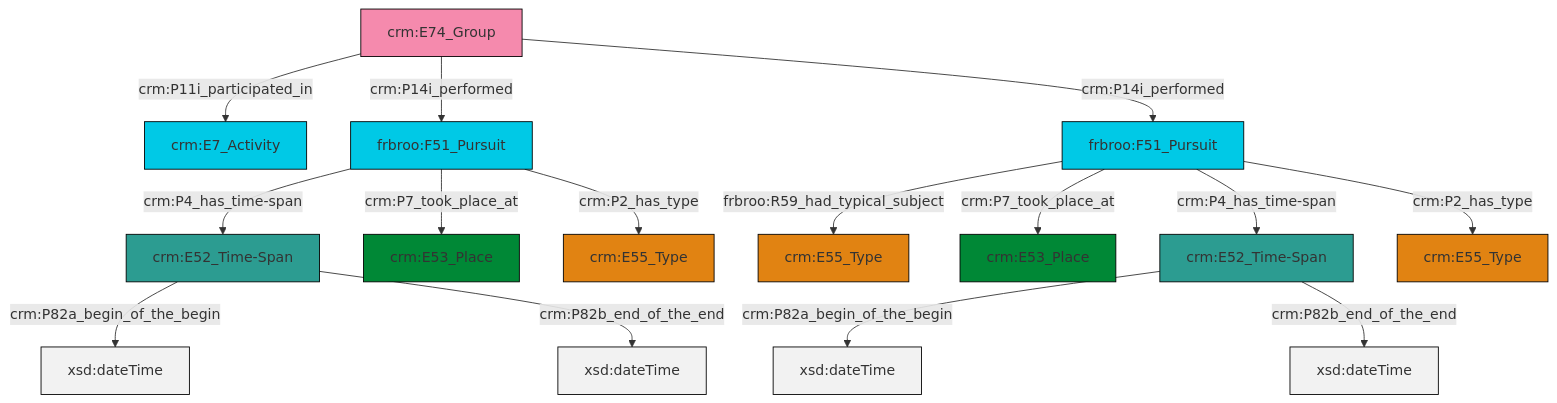
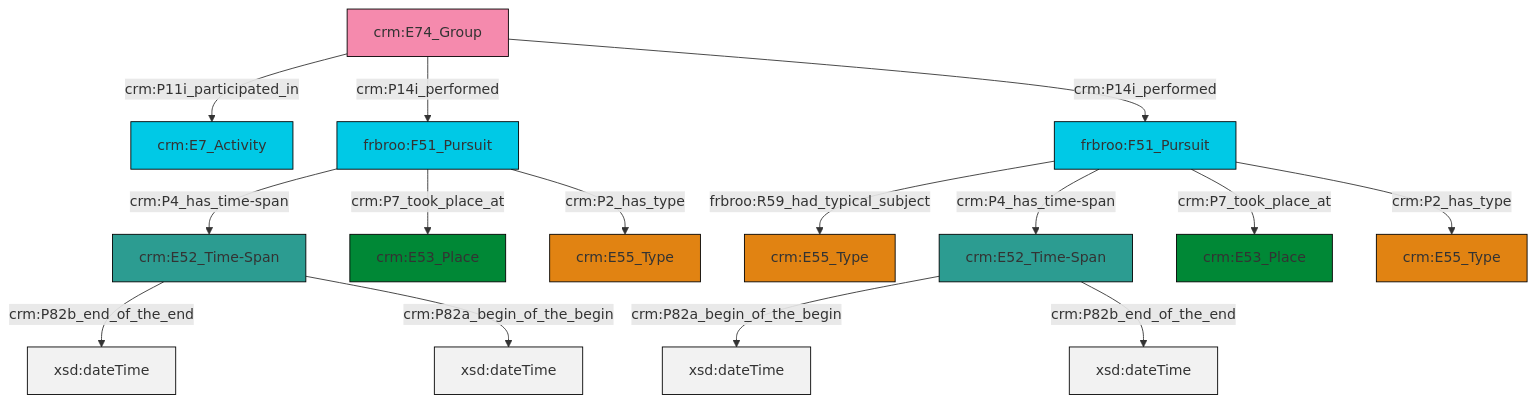
Before and after one commit to swiss-art-research-net/reference-data-models: the diagram in et/groupCSV/ttl/mmd/group_events.ttl.mmd, drawn with Mermaid. The commit also changed 126 other files, not shown here.

```diff
--- a/et/groupCSV/ttl/mmd/group_events.ttl.mmd
+++ b/et/groupCSV/ttl/mmd/group_events.ttl.mmd
@@ -1,29 +1,29 @@
 graph TD
 classDef Literal fill:#f2f2f2,stroke:#000000;
 classDef CRM_Entity fill:#FFFFFF,stroke:#000000;
 classDef Temporal_Entity fill:#00C9E6, stroke:#000000;
 classDef Type fill:#E18312, stroke:#000000;
 classDef Time-Span fill:#2C9C91, stroke:#000000;
 classDef Appellation fill:#FFEB7F, stroke:#000000;
 classDef Place fill:#008836, stroke:#000000;
 classDef Persistent_Item fill:#B266B2, stroke:#000000;
 classDef Conceptual_Object fill:#FFD700, stroke:#000000;
 classDef Physical_Thing fill:#D2B48C, stroke:#000000;
 classDef Actor fill:#f58aad, stroke:#000000;
 classDef PC_Classes fill:#4ce600, stroke:#000000;
 classDef Multi fill:#cccccc,stroke:#000000;
 
-0["crm:E52_Time-Span"]:::Time-Span -->|crm:P82a_begin_of_the_begin| 1[xsd:dateTime]:::Literal
-2["crm:E74_Group"]:::Actor -->|crm:P11i_participated_in| 3["crm:E7_Activity"]:::Temporal_Entity
-4["crm:E52_Time-Span"]:::Time-Span -->|crm:P82a_begin_of_the_begin| 6[xsd:dateTime]:::Literal
-7["frbroo:F51_Pursuit"]:::Temporal_Entity -->|frbroo:R59_had_typical_subject| 8["crm:E55_Type"]:::Type
-7["frbroo:F51_Pursuit"]:::Temporal_Entity -->|crm:P7_took_place_at| 9["crm:E53_Place"]:::Place
-4["crm:E52_Time-Span"]:::Time-Span -->|crm:P82b_end_of_the_end| 13[xsd:dateTime]:::Literal
-7["frbroo:F51_Pursuit"]:::Temporal_Entity -->|crm:P4_has_time-span| 0["crm:E52_Time-Span"]:::Time-Span
-21["frbroo:F51_Pursuit"]:::Temporal_Entity -->|crm:P4_has_time-span| 4["crm:E52_Time-Span"]:::Time-Span
-7["frbroo:F51_Pursuit"]:::Temporal_Entity -->|crm:P2_has_type| 11["crm:E55_Type"]:::Type
-2["crm:E74_Group"]:::Actor -->|crm:P14i_performed| 21["frbroo:F51_Pursuit"]:::Temporal_Entity
-21["frbroo:F51_Pursuit"]:::Temporal_Entity -->|crm:P7_took_place_at| 22["crm:E53_Place"]:::Place
-0["crm:E52_Time-Span"]:::Time-Span -->|crm:P82b_end_of_the_end| 23[xsd:dateTime]:::Literal
-2["crm:E74_Group"]:::Actor -->|crm:P14i_performed| 7["frbroo:F51_Pursuit"]:::Temporal_Entity
-21["frbroo:F51_Pursuit"]:::Temporal_Entity -->|crm:P2_has_type| 17["crm:E55_Type"]:::Type
+0["frbroo:F51_Pursuit"]:::Temporal_Entity -->|crm:P4_has_time-span| 1["crm:E52_Time-Span"]:::Time-Span
+1["crm:E52_Time-Span"]:::Time-Span -->|crm:P82b_end_of_the_end| 4[xsd:dateTime]:::Literal
+0["frbroo:F51_Pursuit"]:::Temporal_Entity -->|crm:P7_took_place_at| 6["crm:E53_Place"]:::Place
+9["crm:E52_Time-Span"]:::Time-Span -->|crm:P82a_begin_of_the_begin| 15[xsd:dateTime]:::Literal
+2["frbroo:F51_Pursuit"]:::Temporal_Entity -->|frbroo:R59_had_typical_subject| 16["crm:E55_Type"]:::Type
+2["frbroo:F51_Pursuit"]:::Temporal_Entity -->|crm:P4_has_time-span| 9["crm:E52_Time-Span"]:::Time-Span
+1["crm:E52_Time-Span"]:::Time-Span -->|crm:P82a_begin_of_the_begin| 19[xsd:dateTime]:::Literal
+11["crm:E74_Group"]:::Actor -->|crm:P11i_participated_in| 20["crm:E7_Activity"]:::Temporal_Entity
+2["frbroo:F51_Pursuit"]:::Temporal_Entity -->|crm:P7_took_place_at| 13["crm:E53_Place"]:::Place
+11["crm:E74_Group"]:::Actor -->|crm:P14i_performed| 0["frbroo:F51_Pursuit"]:::Temporal_Entity
+0["frbroo:F51_Pursuit"]:::Temporal_Entity -->|crm:P2_has_type| 21["crm:E55_Type"]:::Type
+9["crm:E52_Time-Span"]:::Time-Span -->|crm:P82b_end_of_the_end| 23[xsd:dateTime]:::Literal
+2["frbroo:F51_Pursuit"]:::Temporal_Entity -->|crm:P2_has_type| 7["crm:E55_Type"]:::Type
+11["crm:E74_Group"]:::Actor -->|crm:P14i_performed| 2["frbroo:F51_Pursuit"]:::Temporal_Entity
```
